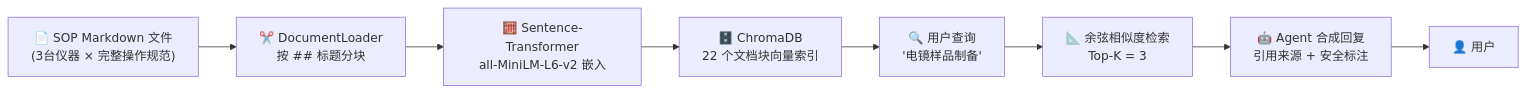
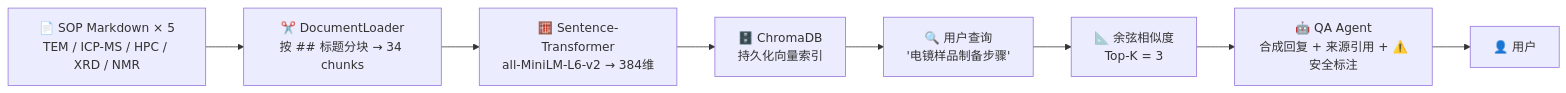
One commit to nanamili/cs599-project changed the fourth of 5 diagrams in docs/CS599_大作业报告.md. Above: the diagram before and after it, drawn with Mermaid. The commit also changed other lines of this file, not shown here.

Commit message:
Update all 4 architecture diagrams to v3 multi-subgraph

````diff
--- a/docs/CS599_大作业报告.md
+++ b/docs/CS599_大作业报告.md
@@ -262,10 +284,10 @@
 ```mermaid
 flowchart LR
-    A["📄 SOP Markdown 文件<br/>(3台仪器 × 完整操作规范)"] --> B["✂️ DocumentLoader<br/>按 ## 标题分块"]
-    B --> C["🧮 Sentence-Transformer<br/>all-MiniLM-L6-v2 嵌入"]
-    C --> D["🗄️ ChromaDB<br/>22 个文档块向量索引"]
-    D --> E["🔍 用户查询<br/>'电镜样品制备'"]
-    E --> F["📐 余弦相似度检索<br/>Top-K = 3"]
-    F --> G["🤖 Agent 合成回复<br/>引用来源 + 安全标注"]
+    A["📄 SOP Markdown × 5<br/>TEM / ICP-MS / HPC / XRD / NMR"] --> B["✂️ DocumentLoader<br/>按 ## 标题分块 → 34 chunks"]
+    B --> C["🧮 Sentence-Transformer<br/>all-MiniLM-L6-v2 → 384维"]
+    C --> D["🗄️ ChromaDB<br/>持久化向量索引"]
+    D --> E["🔍 用户查询<br/>'电镜样品制备步骤'"]
+    E --> F["📐 余弦相似度<br/>Top-K = 3"]
+    F --> G["🤖 QA Agent<br/>合成回复 + 来源引用 + ⚠️安全标注"]
     G --> H["👤 用户"]
 ```
````
